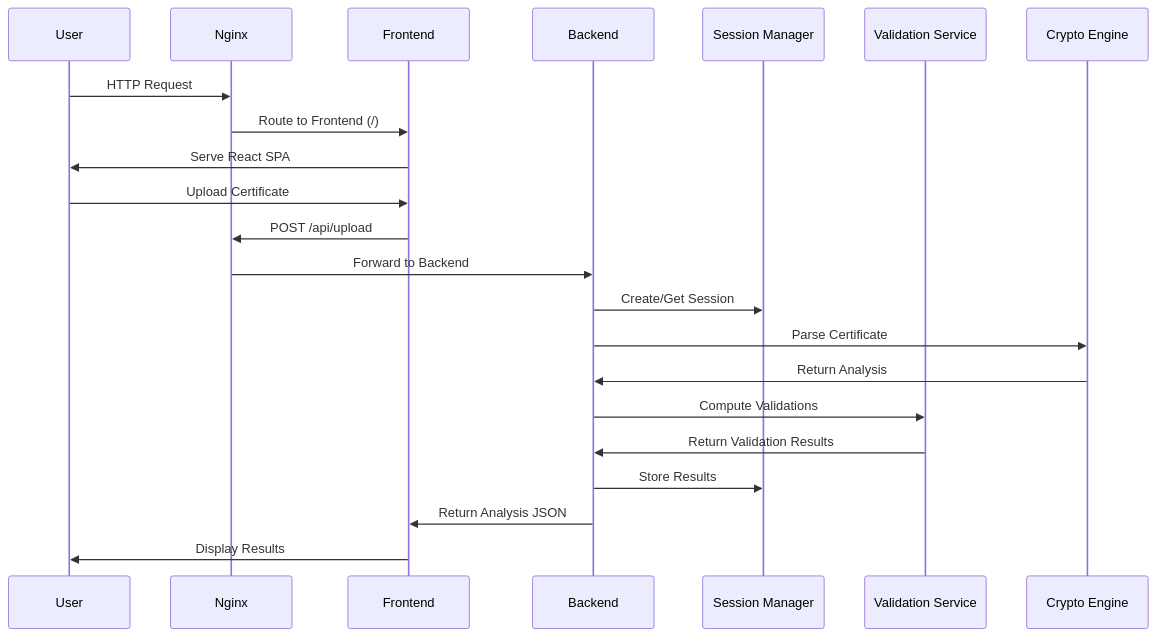
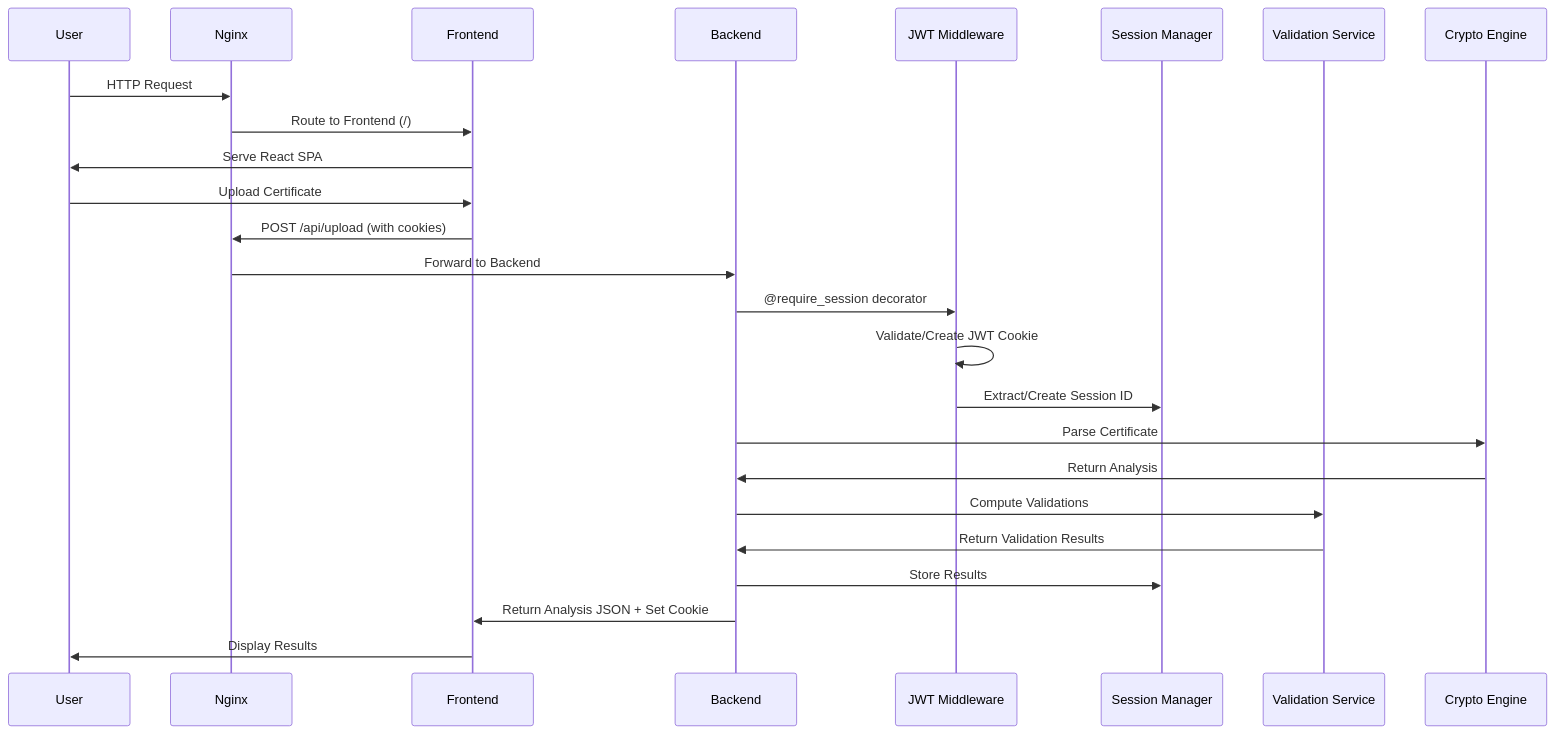
Before and after one commit to fuhdan/certificate-tools: the second of 11 diagrams in TECHNICAL.md, drawn with Mermaid. The commit also changed other lines of this file and 1 other file, not shown here.

````diff
--- a/TECHNICAL.md
+++ b/TECHNICAL.md
@@ -61,26 +61,29 @@
 ```mermaid
 sequenceDiagram
     participant U as User
     participant N as Nginx
     participant F as Frontend
     participant B as Backend
+    participant J as JWT Middleware
     participant S as Session Manager
     participant V as Validation Service
     participant C as Crypto Engine
     
     U->>N: HTTP Request
     N->>F: Route to Frontend (/)
     F->>U: Serve React SPA
     
     U->>F: Upload Certificate
-    F->>N: POST /api/upload
+    F->>N: POST /api/upload (with cookies)
     N->>B: Forward to Backend
-    B->>S: Create/Get Session
+    B->>J: @require_session decorator
+    J->>J: Validate/Create JWT Cookie
+    J->>S: Extract/Create Session ID
     B->>C: Parse Certificate
     C->>B: Return Analysis
     B->>V: Compute Validations
     V->>B: Return Validation Results
     B->>S: Store Results
-    B->>F: Return Analysis JSON
+    B->>F: Return Analysis JSON + Set Cookie
     F->>U: Display Results
 ```
````
